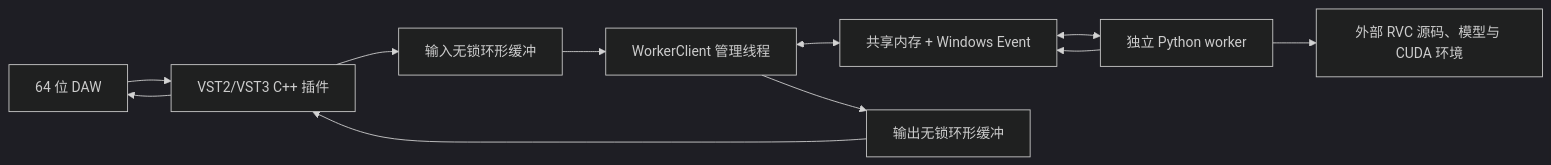
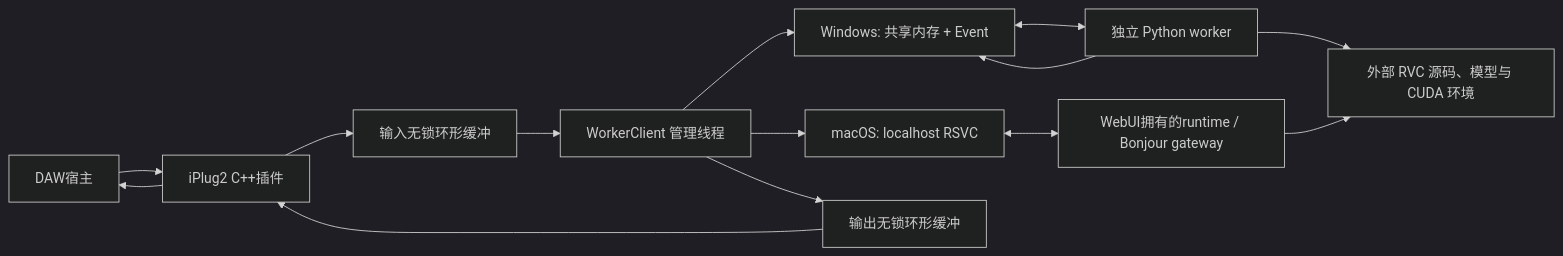
Before and after one commit to saitoomituru/Retrieval-based-Voice-Conversion-WebUI: the diagram in RVCRealtime/README.md, drawn with Mermaid (dark theme). The commit also changed other lines of this file and 10 other files, not shown here.

Commit message:
macOS実装文書とiPlug2正本を現状へ揃える

````diff
--- a/RVCRealtime/README.md
+++ b/RVCRealtime/README.md
@@ -26,13 +28,16 @@
 ```mermaid
 flowchart LR
-    DAW["64 位 DAW"] --> Plugin["VST2/VST3 C++ 插件"]
+    DAW["DAW宿主"] --> Plugin["iPlug2 C++插件"]
     Plugin --> InputRing["输入无锁环形缓冲"]
     InputRing --> Bridge["WorkerClient 管理线程"]
-    Bridge <--> IPC["共享内存 + Windows Event"]
+    Bridge --> IPC["Windows: 共享内存 + Event"]
     IPC <--> Worker["独立 Python worker"]
+    Bridge --> RSVC["macOS: localhost RSVC"]
+    RSVC <--> WebUI["WebUI拥有的runtime / Bonjour gateway"]
     Worker --> RVC["外部 RVC 源码、模型与 CUDA 环境"]
+    WebUI --> RVC
     Worker --> IPC
     Bridge --> OutputRing["输出无锁环形缓冲"]
     OutputRing --> Plugin
     Plugin --> DAW
 ```
````
